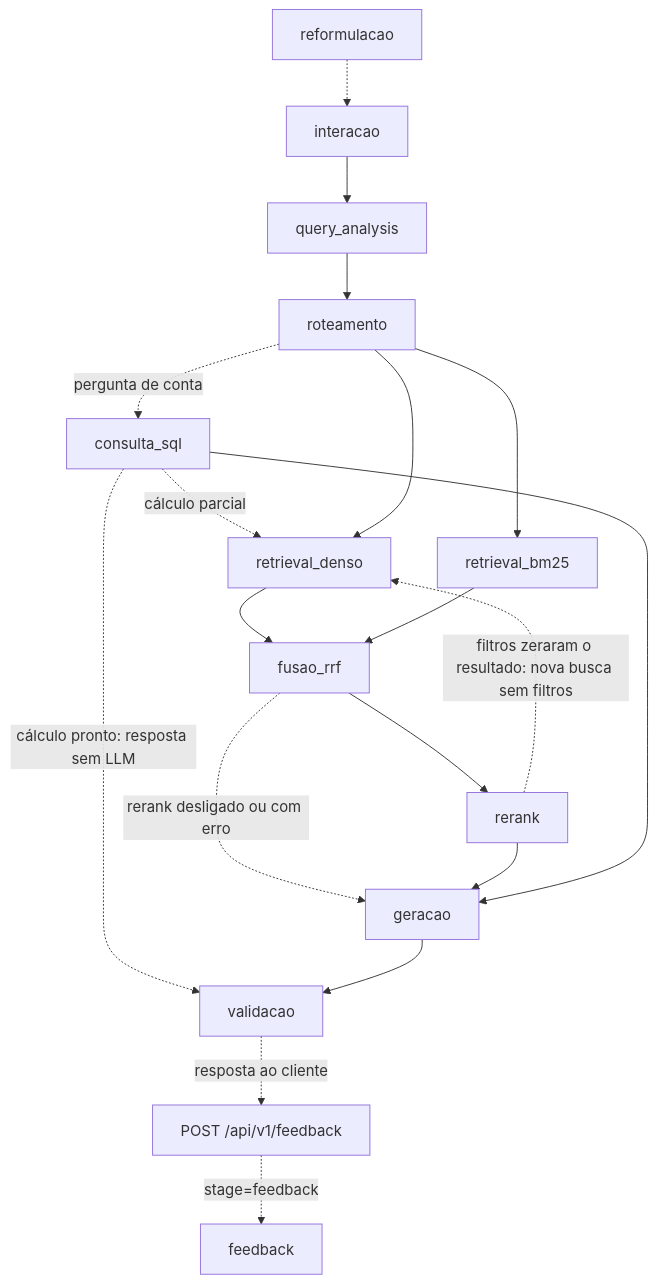
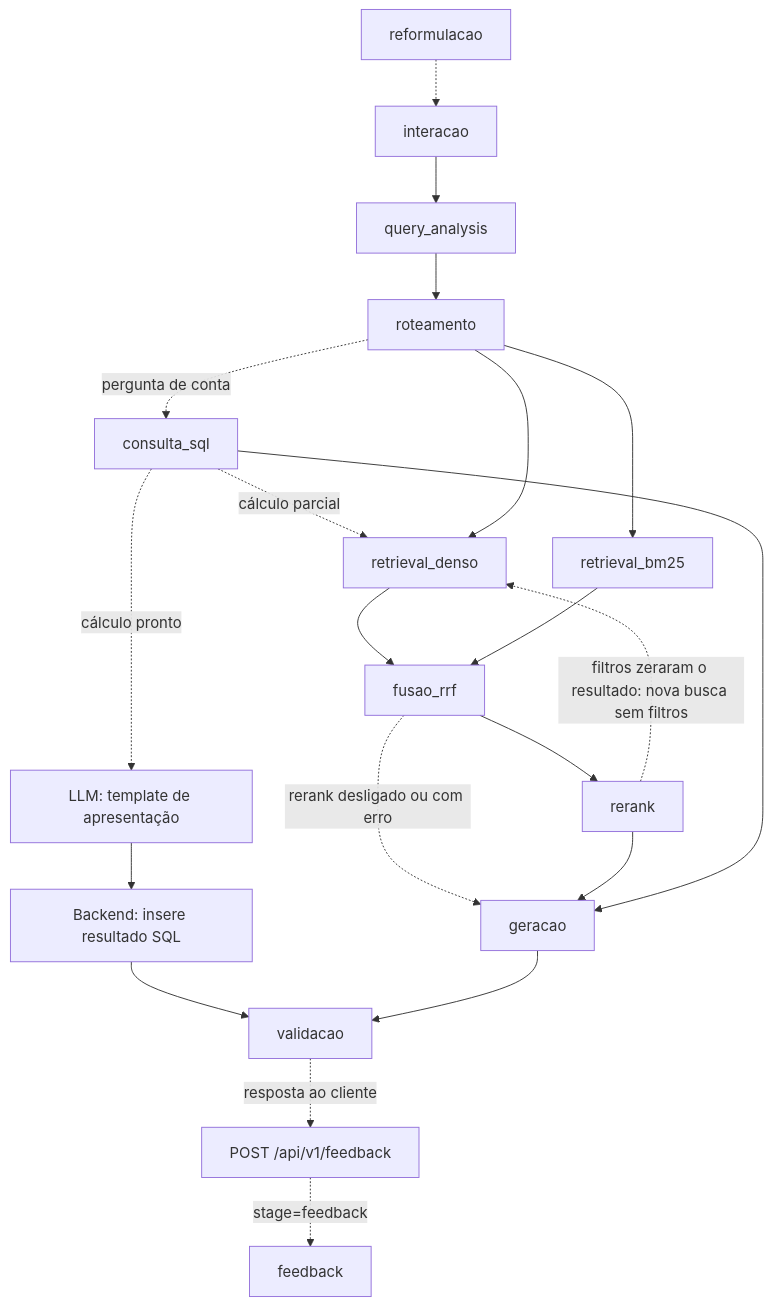
The diagram in ARQUITETURA.md (Diogooliveira10/rag-grande-desafio-grupo04-cenario01), drawn with Mermaid before and after one commit. The commit also changed other lines of this file and 6 other files, not shown here.

````diff
--- a/ARQUITETURA.md
+++ b/ARQUITETURA.md
@@ -33,21 +33,23 @@
 ```mermaid
 flowchart TD
     R[reformulacao] -.-> X[interacao]
     X --> A[query_analysis]
     A --> B[roteamento]
     B -. pergunta de conta .-> K[consulta_sql]
-    K -. cálculo pronto: resposta sem LLM .-> H[validacao]
+    K -. cálculo pronto .-> T[LLM: template de apresentação]
+    T --> U[Backend: insere resultado SQL]
+    U --> H[validacao]
     K -. cálculo parcial .-> C[retrieval_denso]
     B --> C
     B --> D[retrieval_bm25]
     C --> E[fusao_rrf]
     D --> E
     E --> F[rerank]
     E -. rerank desligado ou com erro .-> G[geracao]
     F --> G
     K --> G
     F -. filtros zeraram o resultado: nova busca sem filtros .-> C
     G --> H
     H -. resposta ao cliente .-> J[POST /api/v1/feedback]
     J -. stage=feedback .-> I[feedback]
 ```
````
